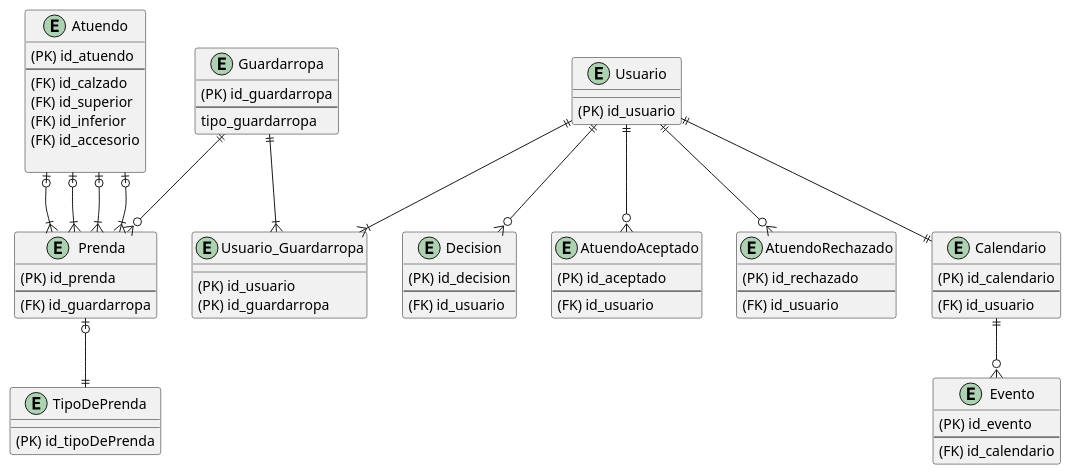
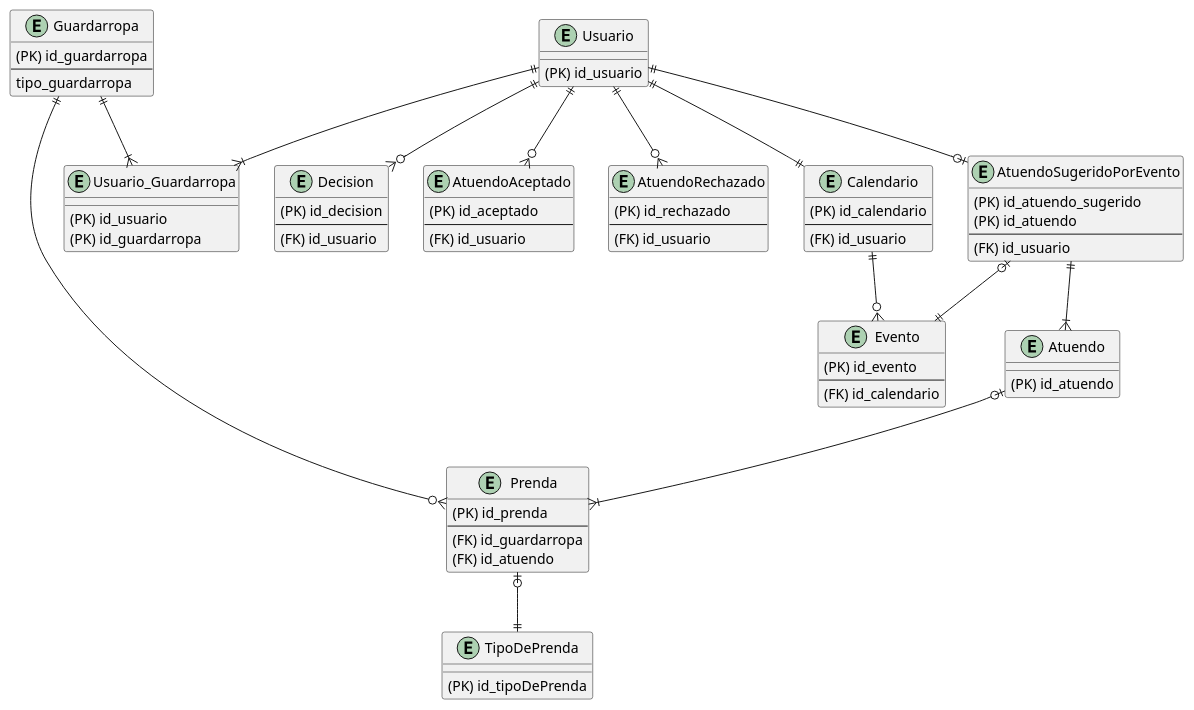
One commit to mposru/tpDDS-2019-QueMePongo changed the diagram in DER.md. Above: the diagram before and after it, drawn with PlantUML.

Commit message:
Actualización de DER

```diff
--- a/DER.md
+++ b/DER.md
@@ -10,6 +10,7 @@
 (PK) id_prenda
 --
 (FK) id_guardarropa
+(FK) id_atuendo
 }
 
 entity Usuario {
@@ -46,11 +47,6 @@
 
 entity Atuendo {
 (PK) id_atuendo
---
-(FK) id_calzado
-(FK) id_superior
-(FK) id_inferior
-(FK) id_accesorio
 
 }
 entity Evento {
@@ -63,6 +59,13 @@
 (PK) id_tipoDePrenda
 }
 
+entity AtuendoSugeridoPorEvento {
+(PK) id_atuendo_sugerido
+(PK) id_atuendo
+--
+(FK) id_usuario
+}
+
 
 Guardarropa ||--o{ Prenda
 Guardarropa ||--|{ Usuario_Guardarropa
@@ -72,11 +75,11 @@
 Usuario ||--o{ AtuendoRechazado
 Usuario ||--|| Calendario
 Atuendo |o--|{ Prenda
-Atuendo |o--|{ Prenda
-Atuendo |o--|{ Prenda
-Atuendo |o--|{ Prenda
+
 Calendario ||--o{ Evento
 Prenda |o--|| TipoDePrenda
-
+AtuendoSugeridoPorEvento ||--|{ Atuendo
+Usuario ||--o| AtuendoSugeridoPorEvento
+AtuendoSugeridoPorEvento |o--|| Evento
 
 @enduml
```
